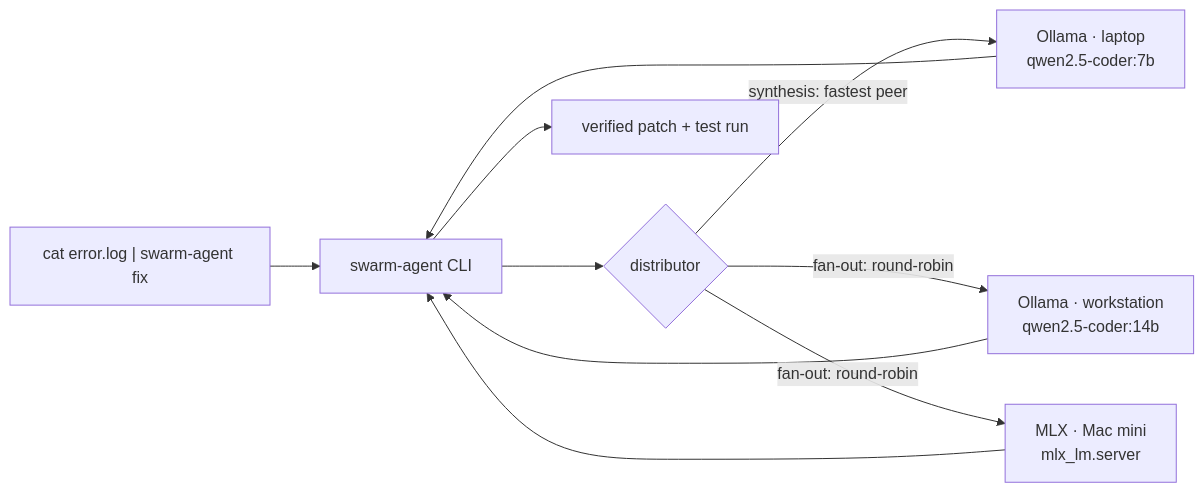
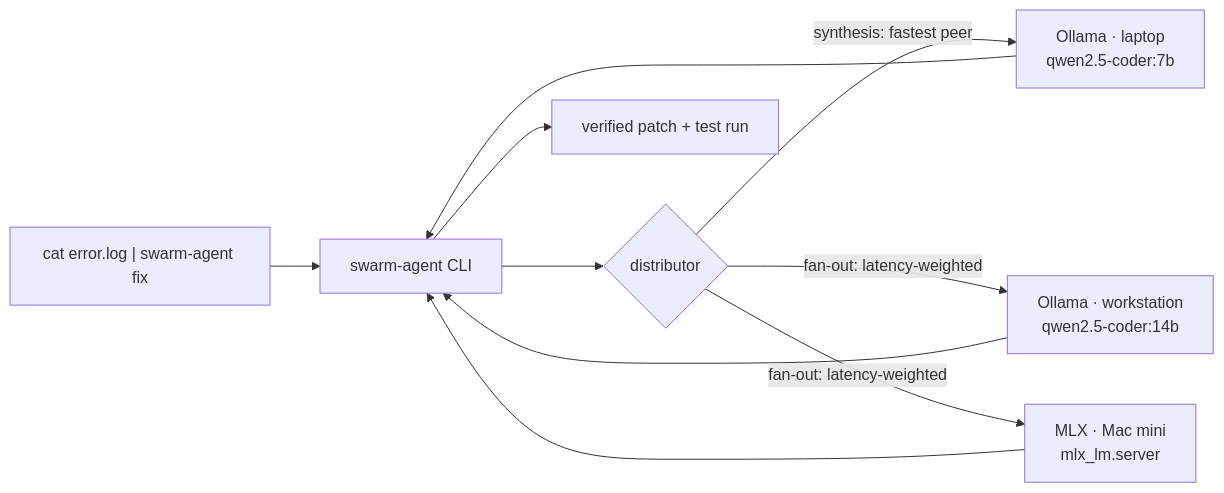
Before and after one commit to Ankit500ak/swarm-agent: the diagram in README.md, drawn with Mermaid. The commit also changed other lines of this file and 1 other file, not shown here.

````diff
--- a/README.md
+++ b/README.md
@@ -46,12 +47,12 @@
 ```mermaid
 flowchart LR
     U["cat error.log | swarm-agent fix"] --> CLI["swarm-agent CLI"]
     CLI --> D{"distributor"}
     D -->|"synthesis: fastest peer"| P1["Ollama · laptop<br/>qwen2.5-coder:7b"]
-    D -->|"fan-out: round-robin"| P2["Ollama · workstation<br/>qwen2.5-coder:14b"]
-    D -->|"fan-out: round-robin"| P3["MLX · Mac mini<br/>mlx_lm.server"]
+    D -->|"fan-out: latency-weighted"| P2["Ollama · workstation<br/>qwen2.5-coder:14b"]
+    D -->|"fan-out: latency-weighted"| P3["MLX · Mac mini<br/>mlx_lm.server"]
     P1 --> CLI
     P2 --> CLI
     P3 --> CLI
     CLI --> V["verified patch + test run"]
 ```
````
